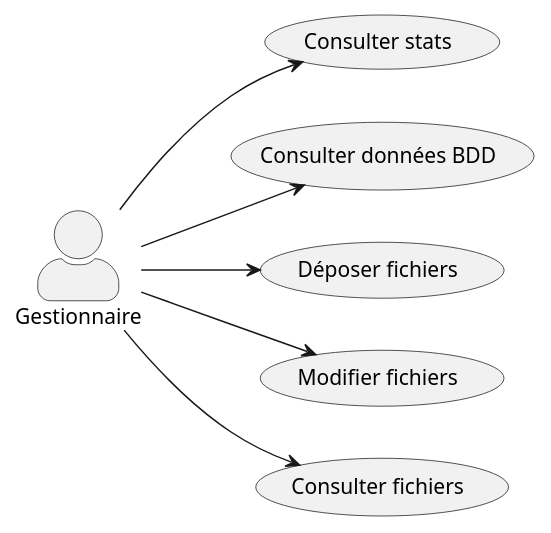
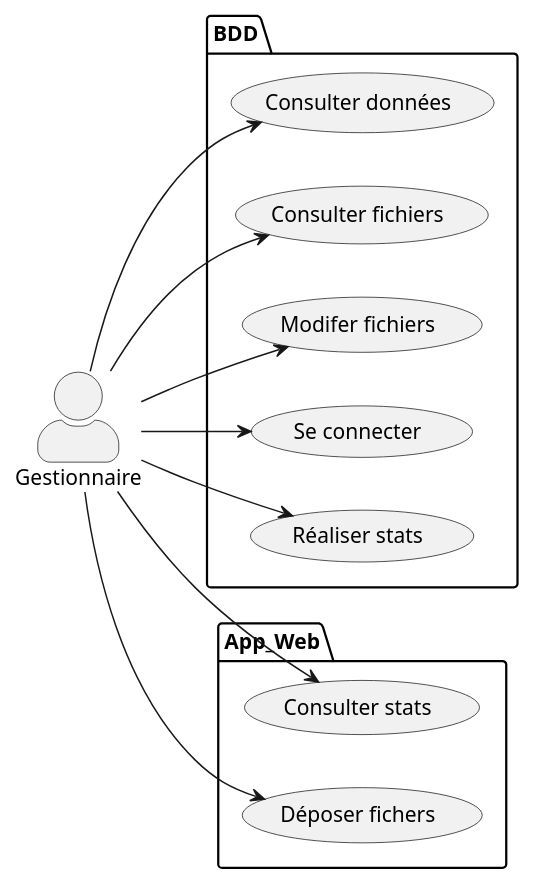
Before and after one commit to Nenuphare/Kot-Line-Intranet: the diagram in Analyse.adoc, drawn with PlantUML.

Commit message:
amelioration use case

```diff
--- a/Analyse.adoc
+++ b/Analyse.adoc
@@ -35,16 +35,34 @@
 [plantuml]
 ----
+
 @startuml
 
 left to right direction
 skinparam actorStyle awesome
 :Gestionnaire: as MyG
-MyG --> (Consulter stats)
-MyG --> (Consulter données BDD)
-MyG --> (Déposer fichiers)
-MyG --> (Modifier fichiers)
-MyG -->(Consulter fichiers)
+
+package BDD {
+(Consulter données) as UC1
+(Consulter fichiers) as UC4
+(Modifer fichiers) as UC5
+(Se connecter) as UC6
+(Réaliser stats) as UC7
+}
+
+package App_Web {
+(Consulter stats) as UC2
+(Déposer fichers) as UC3
+}
+
+MyG --> UC1
+MyG --> UC2
+MyG --> UC3
+MyG --> UC4
+MyG --> UC5
+MyG --> UC6
+MyG --> UC7
+
 
 
 @enduml
 ----
```
